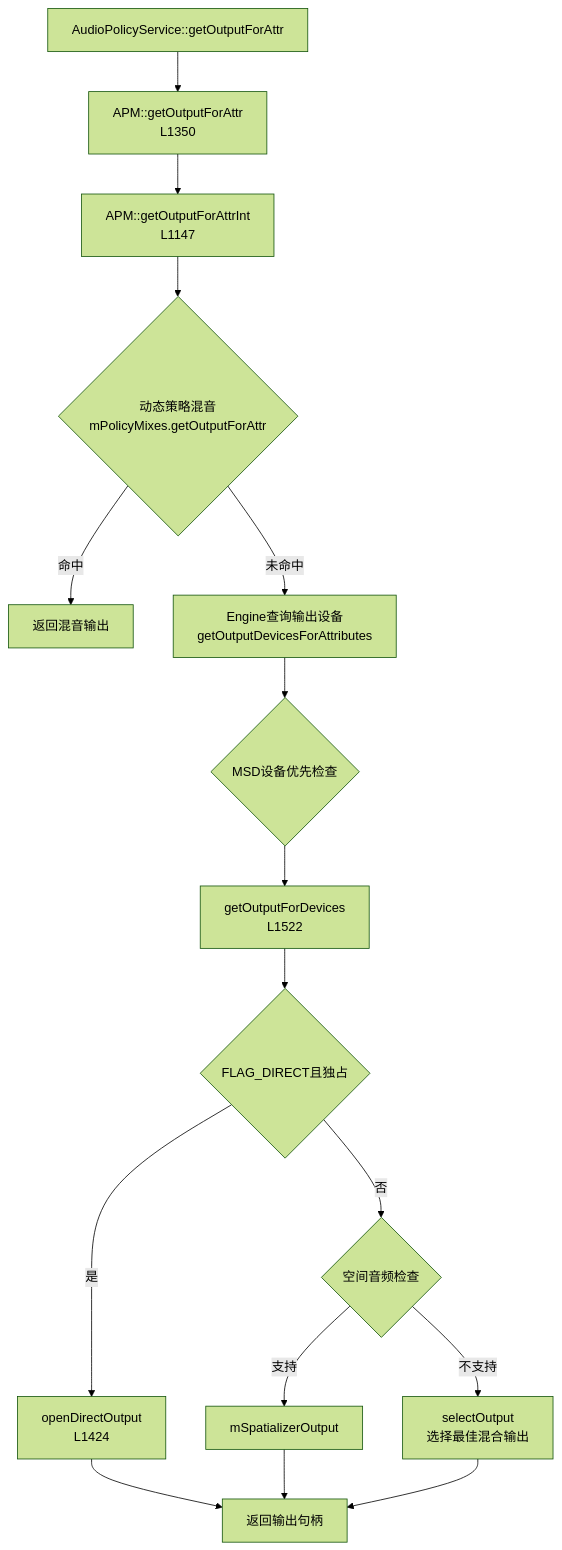
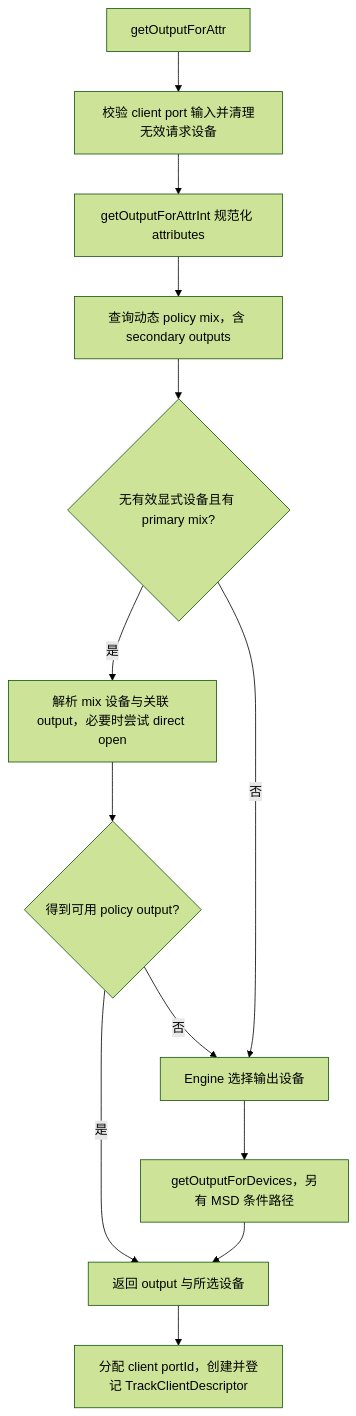
One commit to yanglinzhen1022/SA8295_AAOS_QNX_Audio_KnowledgeBase changed the first of 4 diagrams in 06_Audio_Policy_Engine/06_6.2_AudioPolicyManager-策略核心实现.md. Above: the diagram before and after it, drawn with Mermaid (forest theme). The commit also changed other lines of this file and 11 other files, not shown here.

````diff
--- a/06_Audio_Policy_Engine/06_6.2_AudioPolicyManager-策略核心实现.md
+++ b/06_Audio_Policy_Engine/06_6.2_AudioPolicyManager-策略核心实现.md
@@ -170,18 +27,15 @@
 ```mermaid
-flowchart TB
-    A[AudioPolicyService::getOutputForAttr] --> B[APM::getOutputForAttr<br/>L1350]
-    B --> C[APM::getOutputForAttrInt<br/>L1147]
-    C --> D{动态策略混音<br/>mPolicyMixes.getOutputForAttr}
-    D -->|命中| E[返回混音输出]
-    D -->|未命中| F[Engine查询输出设备<br/>getOutputDevicesForAttributes]
-    F --> G{MSD设备优先检查}
-    G --> H[getOutputForDevices<br/>L1522]
-    H --> I{FLAG_DIRECT且独占}
-    I -->|是| J[openDirectOutput<br/>L1424]
-    I -->|否| K{空间音频检查}
-    K -->|支持| L[mSpatializerOutput]
-    K -->|不支持| M[selectOutput<br/>选择最佳混合输出]
-    J --> N[返回输出句柄]
-    L --> N
-    M --> N
+flowchart TD
+    A[getOutputForAttr] --> B[校验 client port 输入并清理无效请求设备]
+    B --> C[getOutputForAttrInt 规范化 attributes]
+    C --> D[查询动态 policy mix，含 secondary outputs]
+    D --> E{无有效显式设备且有 primary mix?}
+    E -->|是| F[解析 mix 设备与关联 output，必要时尝试 direct open]
+    F --> G{得到可用 policy output?}
+    G -->|是| R[返回 output 与所选设备]
+    E -->|否| H[Engine 选择输出设备]
+    G -->|否| H
+    H --> I[getOutputForDevices，另有 MSD 条件路径]
+    I --> R
+    R --> J[分配 client portId，创建并登记 TrackClientDescriptor]
 ```
````
